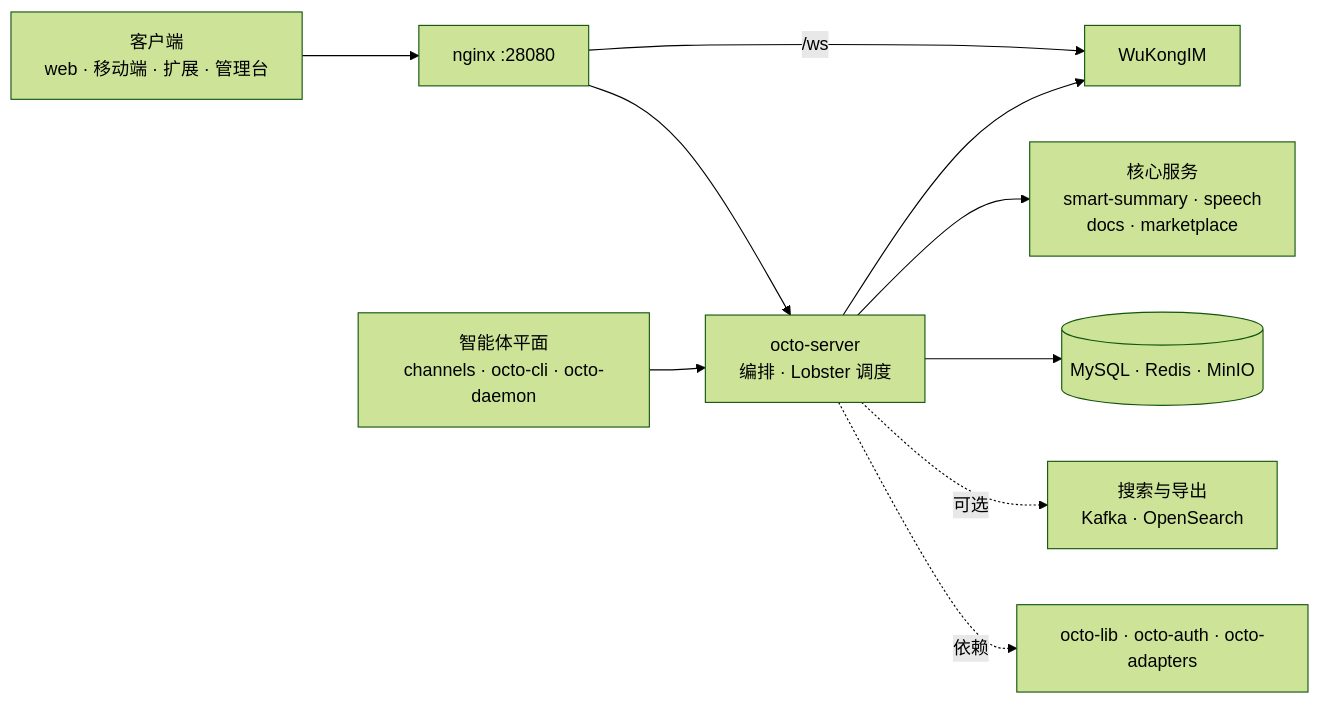
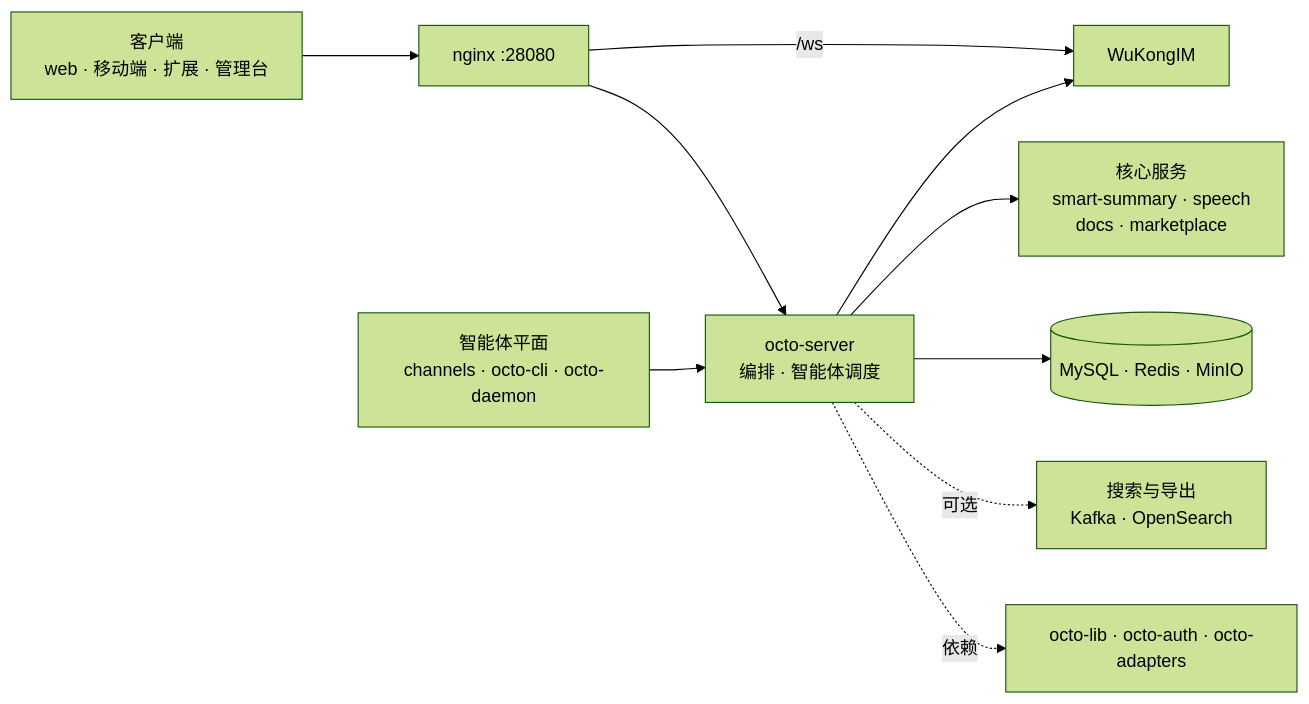
The diagram in zh/get-started/architecture-at-a-glance.mdx (Mininglamp-OSS/octo-docs), drawn with Mermaid (forest theme) before and after one commit. The commit also changed other lines of this file and 38 other files, not shown here.

````diff
--- a/zh/get-started/architecture-at-a-glance.mdx
+++ b/zh/get-started/architecture-at-a-glance.mdx
@@ -9,12 +9,12 @@
 ```mermaid
 graph LR
   clients["客户端<br/>web · 移动端 · 扩展 · 管理台"] --> nginx["nginx :28080"]
-  nginx --> server["octo-server<br/>编排 · Lobster 调度"]
+  nginx --> server["octo-server<br/>编排 · 智能体调度"]
   nginx -->|/ws| im["WuKongIM"]
   server --> im
   server --> svc["核心服务<br/>smart-summary · speech<br/>docs · marketplace"]
   server --> data[("MySQL · Redis · MinIO")]
   agents["智能体平面<br/>channels · octo-cli · octo-daemon"] --> server
   server -. 可选 .-> search["搜索与导出<br/>Kafka · OpenSearch"]
   server -. 依赖 .-> shared["octo-lib · octo-auth · octo-adapters"]
 ```
````
